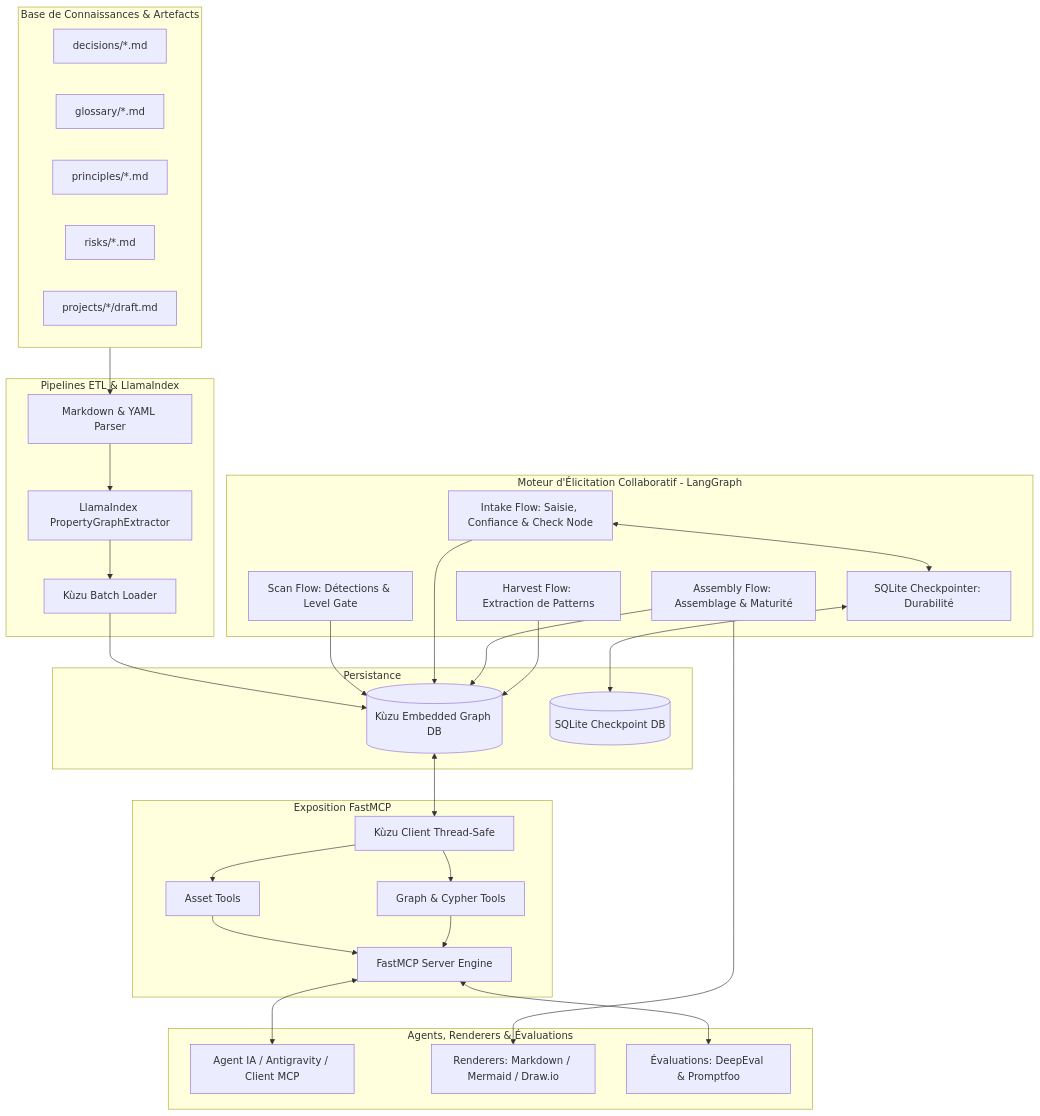
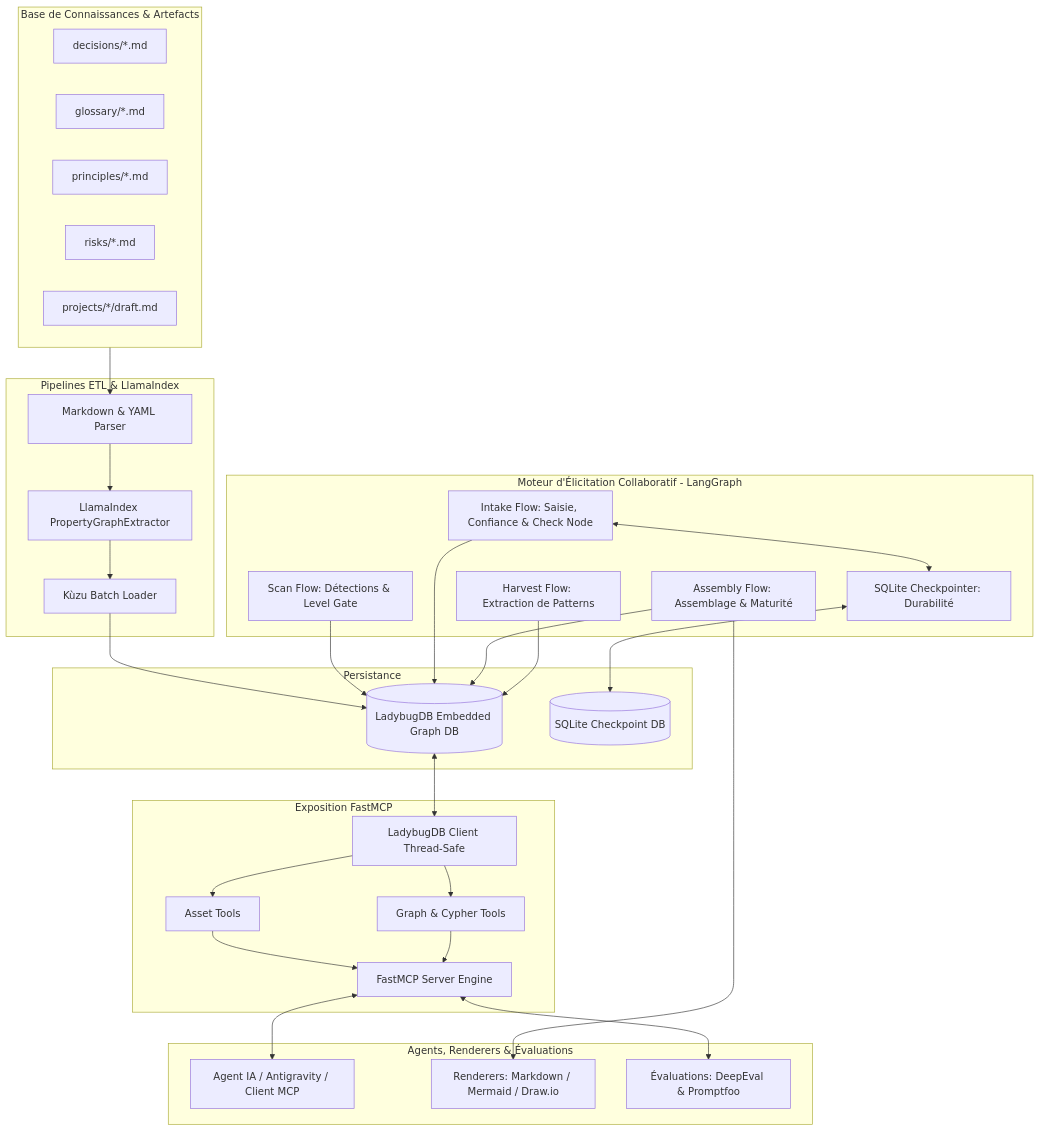
One commit to MauriceIsrael/LLMOps changed the first of 4 diagrams in docs/architecture.md. Above: the diagram before and after it, drawn with Mermaid. The commit also changed other lines of this file and 35 other files, not shown here.

Commit message:
feat(palier1): complete ADR-0015 migration, sealed snapshots, LadybugDB integration & purge legacy Kùzu references

````diff
--- a/docs/architecture.md
+++ b/docs/architecture.md
@@ -23,63 +15,63 @@
 ```mermaid
 flowchart TB
     subgraph Data_Layer ["Base de Connaissances & Artefacts"]
         ADR["decisions/*.md"]
         GLOSS["glossary/*.md"]
         PRINC["principles/*.md"]
         RISK["risks/*.md"]
         ENG["projects/*/draft.md"]
     end
 
     subgraph Ingestion_Layer ["Pipelines ETL & LlamaIndex"]
         MP["Markdown & YAML Parser"]
         LE["LlamaIndex PropertyGraphExtractor"]
         GL["Kùzu Batch Loader"]
     end
 
     subgraph Elicitation_Engine ["Moteur d'Élicitation Collaboratif - LangGraph"]
         SCAN["Scan Flow: Détections & Level Gate"]
         INTAKE["Intake Flow: Saisie, Confiance & Check Node"]
         ASSEMBLE["Assembly Flow: Assemblage & Maturité"]
         HARVEST["Harvest Flow: Extraction de Patterns"]
         CHK["SQLite Checkpointer: Durabilité"]
     end
 
     subgraph Storage_Layer ["Persistance"]
-        KUZU[("Kùzu Embedded Graph DB")]
+        LADYBUG[("LadybugDB Embedded Graph DB")]
         SQLITE[("SQLite Checkpoint DB")]
     end
 
     subgraph MCP_Layer ["Exposition FastMCP"]
-        KC["Kùzu Client Thread-Safe"]
+        LC["LadybugDB Client Thread-Safe"]
         AT["Asset Tools"]
         GT["Graph & Cypher Tools"]
         FSERV["FastMCP Server Engine"]
     end
 
     subgraph Consumer_Layer ["Agents, Renderers & Évaluations"]
         AGENT["Agent IA / Antigravity / Client MCP"]
         RENDers["Renderers: Markdown / Mermaid / Draw.io"]
         EVAL["Évaluations: DeepEval & Promptfoo"]
     end
 
     Data_Layer --> MP
     MP --> LE
     LE --> GL
-    GL --> KUZU
+    GL --> LADYBUG
 
-    SCAN --> KUZU
-    INTAKE --> KUZU
+    SCAN --> LADYBUG
+    INTAKE --> LADYBUG
     INTAKE <--> CHK
     CHK <--> SQLITE
-    ASSEMBLE --> KUZU
-    HARVEST --> KUZU
+    ASSEMBLE --> LADYBUG
+    HARVEST --> LADYBUG
 
-    KUZU <--> KC
-    KC --> AT
-    KC --> GT
+    LADYBUG <--> LC
+    LC --> AT
+    LC --> GT
     AT --> FSERV
     GT --> FSERV
     FSERV <--> AGENT
     ASSEMBLE --> RENDers
     FSERV <--> EVAL
 ```
````
